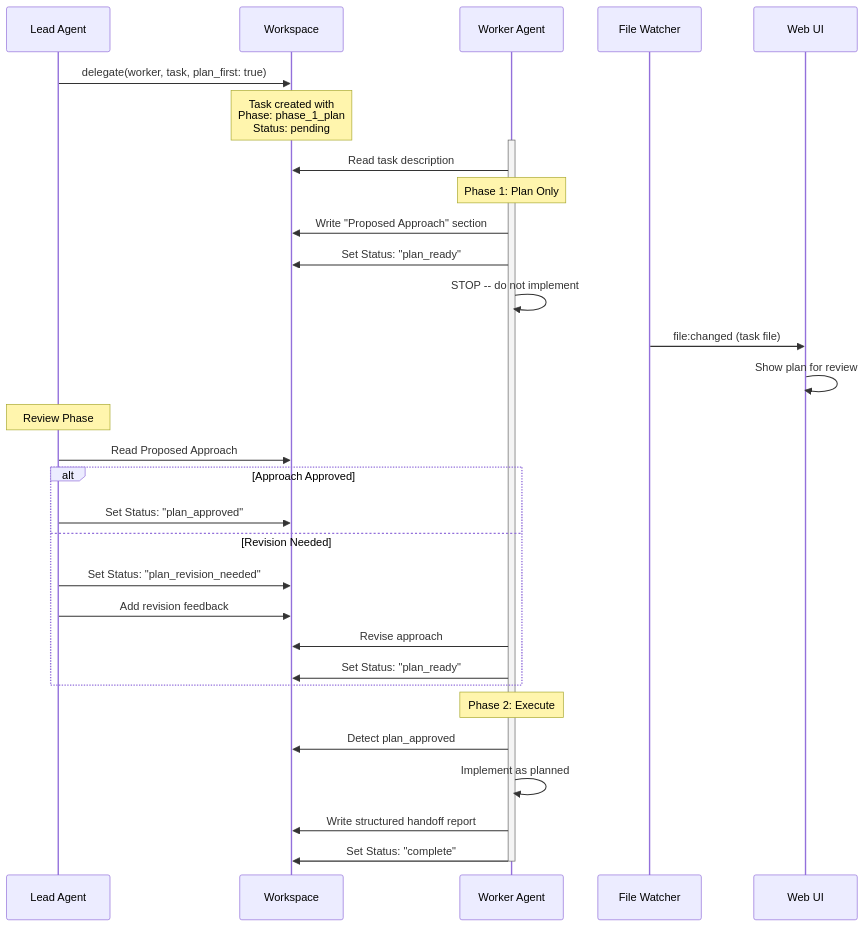
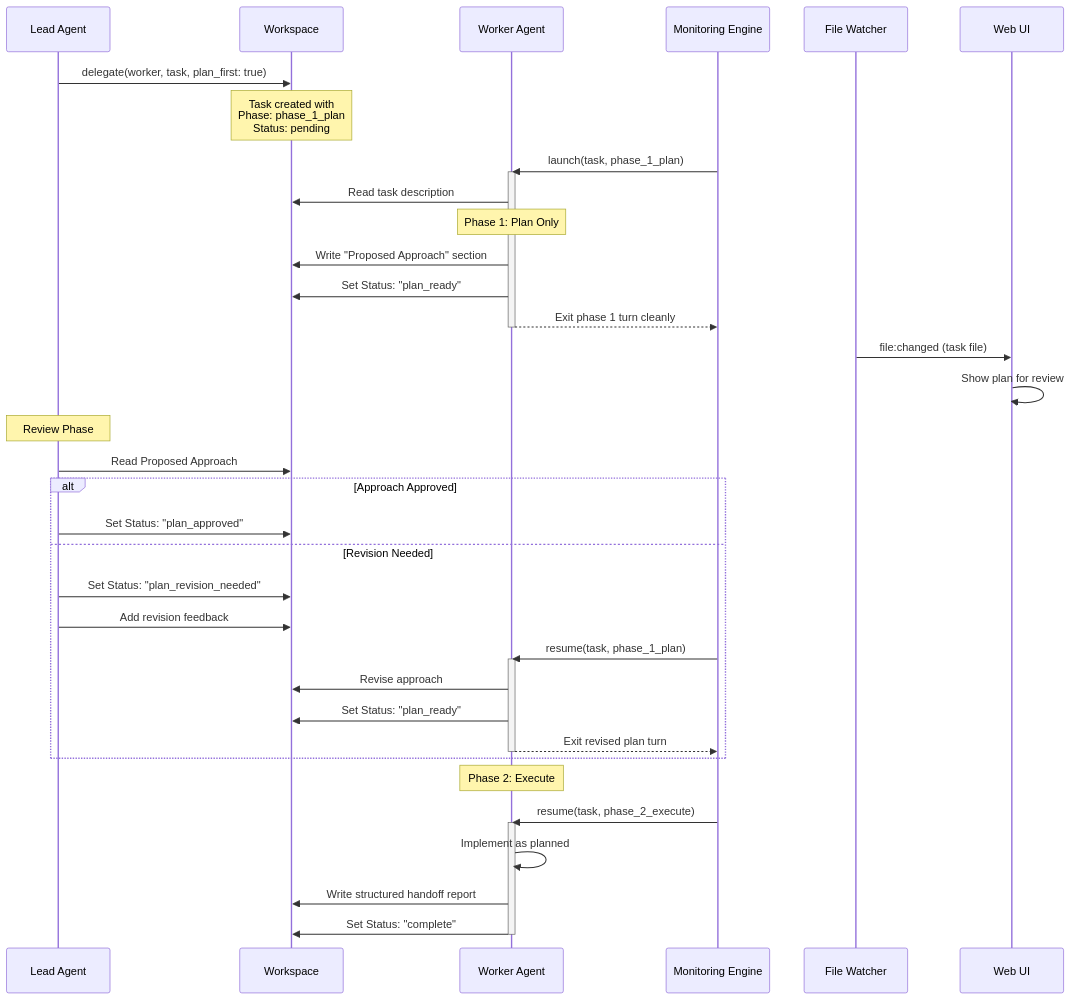
The ninth of 21 diagrams in docs/arc42-architecture.md (BerndAdamczyk/Agent-Maestro), drawn with Mermaid before and after one commit. The commit also changed other lines of this file, not shown here.

````diff
--- a/docs/arc42-architecture.md
+++ b/docs/arc42-architecture.md
@@ -774,40 +805,48 @@
 ```mermaid
 sequenceDiagram
     participant Lead as Lead Agent
     participant WS as Workspace
     participant Worker as Worker Agent
+    participant Monitor as Monitoring Engine
     participant FW as File Watcher
     participant UI as Web UI
 
     Lead->>WS: delegate(worker, task, plan_first: true)
     Note over WS: Task created with<br/>Phase: phase_1_plan<br/>Status: pending
 
+    Monitor->>Worker: launch(task, phase_1_plan)
     activate Worker
     Worker->>WS: Read task description
 
     Note over Worker: Phase 1: Plan Only
     Worker->>WS: Write "Proposed Approach" section
     Worker->>WS: Set Status: "plan_ready"
-    Worker->>Worker: STOP -- do not implement
+    Worker-->>Monitor: Exit phase 1 turn cleanly
+    deactivate Worker
 
     FW->>UI: file:changed (task file)
     UI->>UI: Show plan for review
 
     Note over Lead: Review Phase
     Lead->>WS: Read Proposed Approach
     alt Approach Approved
         Lead->>WS: Set Status: "plan_approved"
     else Revision Needed
         Lead->>WS: Set Status: "plan_revision_needed"
         Lead->>WS: Add revision feedback
+        Monitor->>Worker: resume(task, phase_1_plan)
+        activate Worker
         Worker->>WS: Revise approach
         Worker->>WS: Set Status: "plan_ready"
+        Worker-->>Monitor: Exit revised plan turn
+        deactivate Worker
     end
 
     Note over Worker: Phase 2: Execute
-    Worker->>WS: Detect plan_approved
+    Monitor->>Worker: resume(task, phase_2_execute)
+    activate Worker
     Worker->>Worker: Implement as planned
     Worker->>WS: Write structured handoff report
     Worker->>WS: Set Status: "complete"
     deactivate Worker
 ```
````
